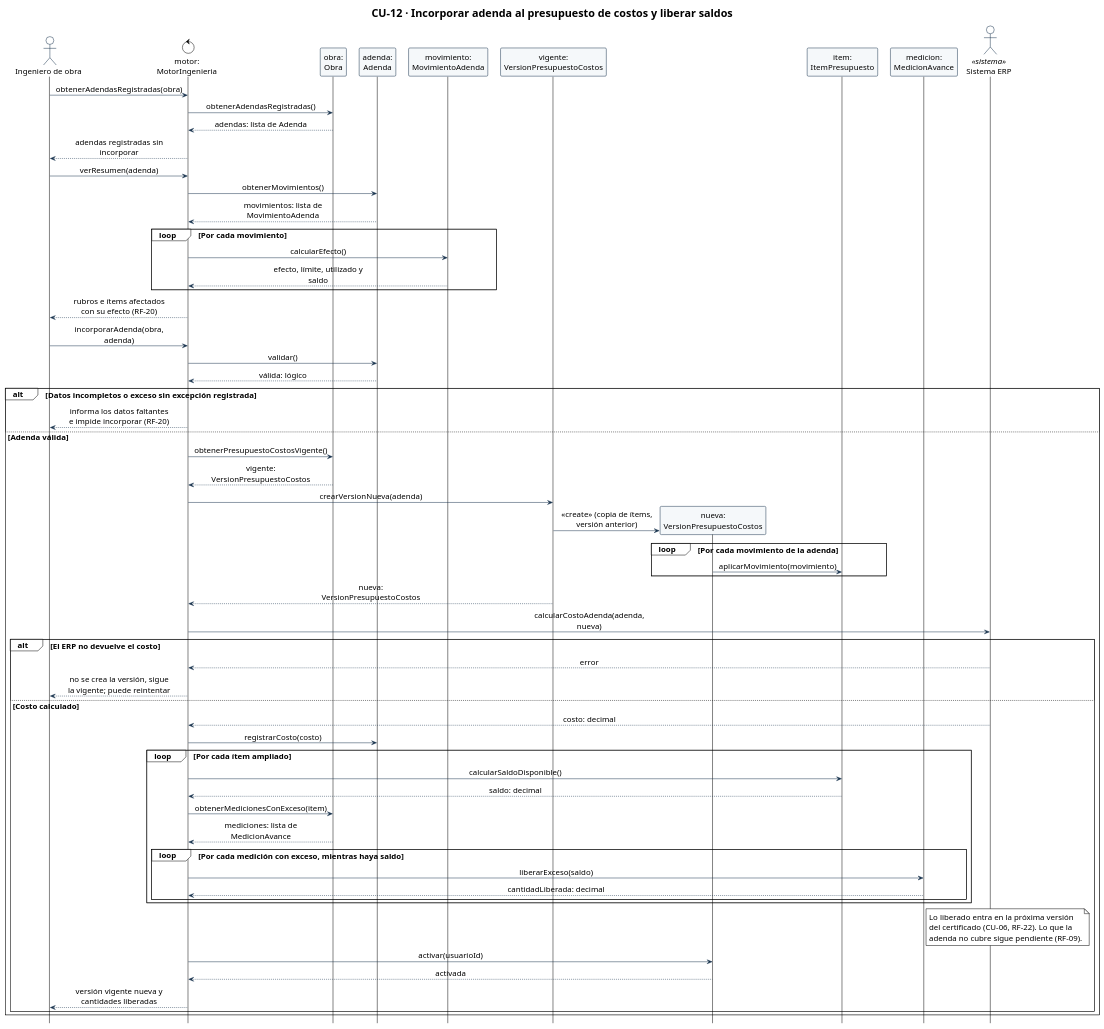
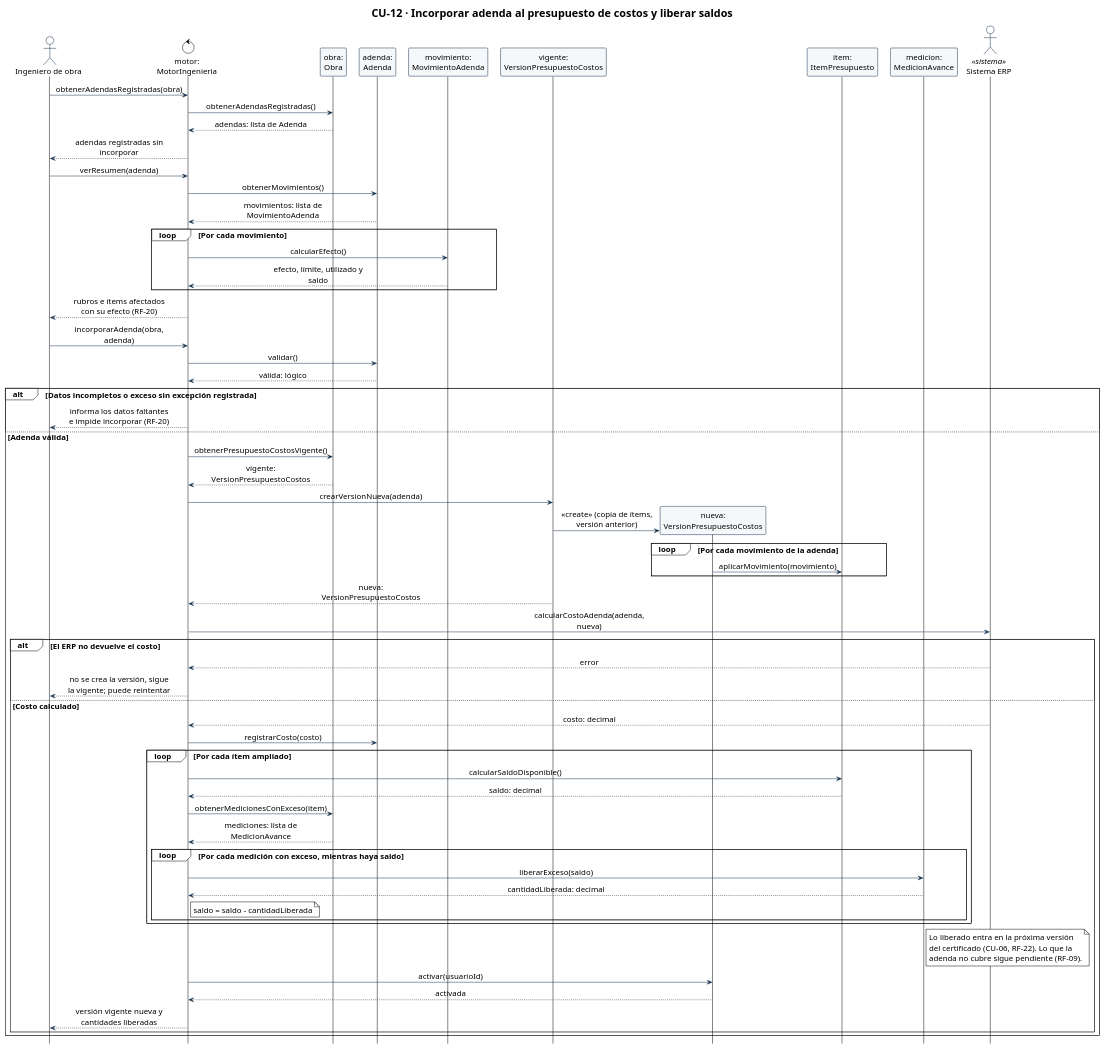
Before and after one commit to Ssrrb/tpf-uca: the diagram in diagramas/CU-12-secuencia.puml, drawn with PlantUML. The commit also changed 2 other files, not shown here.

```diff
--- a/diagramas/CU-12-secuencia.puml
+++ b/diagramas/CU-12-secuencia.puml
@@ -1,85 +1,88 @@
 @startuml
 !theme plain
 skinparam shadowing false
 skinparam defaultFontName Arial
 skinparam defaultFontSize 16
 skinparam sequenceMessageAlign center
 skinparam maxMessageSize 210
 skinparam ParticipantPadding 8
 skinparam ParticipantBackgroundColor #F5F8FA
 skinparam ParticipantBorderColor #17324D
 skinparam ActorBorderColor #17324D
 skinparam ArrowColor #17324D
 hide footbox
 title CU-12 · Incorporar adenda al presupuesto de costos y liberar saldos
 actor "Ingeniero de obra" as Ingeniero
 control "motor:\nMotorIngenieria" as Motor
 participant "obra:\nObra" as Obra
 participant "adenda:\nAdenda" as Adenda
 participant "movimiento:\nMovimientoAdenda" as Movimiento
 participant "vigente:\nVersionPresupuestoCostos" as Vigente
 participant "nueva:\nVersionPresupuestoCostos" as Nueva
 participant "item:\nItemPresupuesto" as Item
 participant "medicion:\nMedicionAvance" as Medicion
 actor "Sistema ERP" as ERP <<sistema>>
 
 Ingeniero -> Motor: obtenerAdendasRegistradas(obra)
 Motor -> Obra: obtenerAdendasRegistradas()
 Obra --> Motor: adendas: lista de Adenda
 Motor --> Ingeniero: adendas registradas sin incorporar
 
 Ingeniero -> Motor: verResumen(adenda)
 Motor -> Adenda: obtenerMovimientos()
 Adenda --> Motor: movimientos: lista de MovimientoAdenda
 loop Por cada movimiento
   Motor -> Movimiento: calcularEfecto()
   Movimiento --> Motor: efecto, límite, utilizado y saldo
 end
 Motor --> Ingeniero: rubros e ítems afectados con su efecto (RF-20)
 
 Ingeniero -> Motor: incorporarAdenda(obra, adenda)
 Motor -> Adenda: validar()
 Adenda --> Motor: válida: lógico
 alt Datos incompletos o exceso sin excepción registrada
   Motor --> Ingeniero: informa los datos faltantes e impide incorporar (RF-20)
 else Adenda válida
   Motor -> Obra: obtenerPresupuestoCostosVigente()
   Obra --> Motor: vigente: VersionPresupuestoCostos
   Motor -> Vigente: crearVersionNueva(adenda)
   create Nueva
   Vigente -> Nueva: «create» (copia de ítems, versión anterior)
   loop Por cada movimiento de la adenda
     Nueva -> Item: aplicarMovimiento(movimiento)
   end
   Vigente --> Motor: nueva: VersionPresupuestoCostos
 
   Motor -> ERP: calcularCostoAdenda(adenda, nueva)
   alt El ERP no devuelve el costo
     ERP --> Motor: error
     Motor --> Ingeniero: no se crea la versión, sigue la vigente; puede reintentar
   else Costo calculado
     ERP --> Motor: costo: decimal
     Motor -> Adenda: registrarCosto(costo)
 
     loop Por cada ítem ampliado
       Motor -> Item: calcularSaldoDisponible()
       Item --> Motor: saldo: decimal
       Motor -> Obra: obtenerMedicionesConExceso(item)
       Obra --> Motor: mediciones: lista de MedicionAvance
       loop Por cada medición con exceso, mientras haya saldo
         Motor -> Medicion: liberarExceso(saldo)
         Medicion --> Motor: cantidadLiberada: decimal
+        note right of Motor
+          saldo = saldo - cantidadLiberada
+        end note
       end
     end
     note right of Medicion
       Lo liberado entra en la próxima versión
       del certificado (CU-06, RF-22). Lo que la
       adenda no cubre sigue pendiente (RF-09).
     end note
 
     Motor -> Nueva: activar(usuarioId)
     Nueva --> Motor: activada
     Motor --> Ingeniero: versión vigente nueva y cantidades liberadas
   end
 end
 @enduml
```
